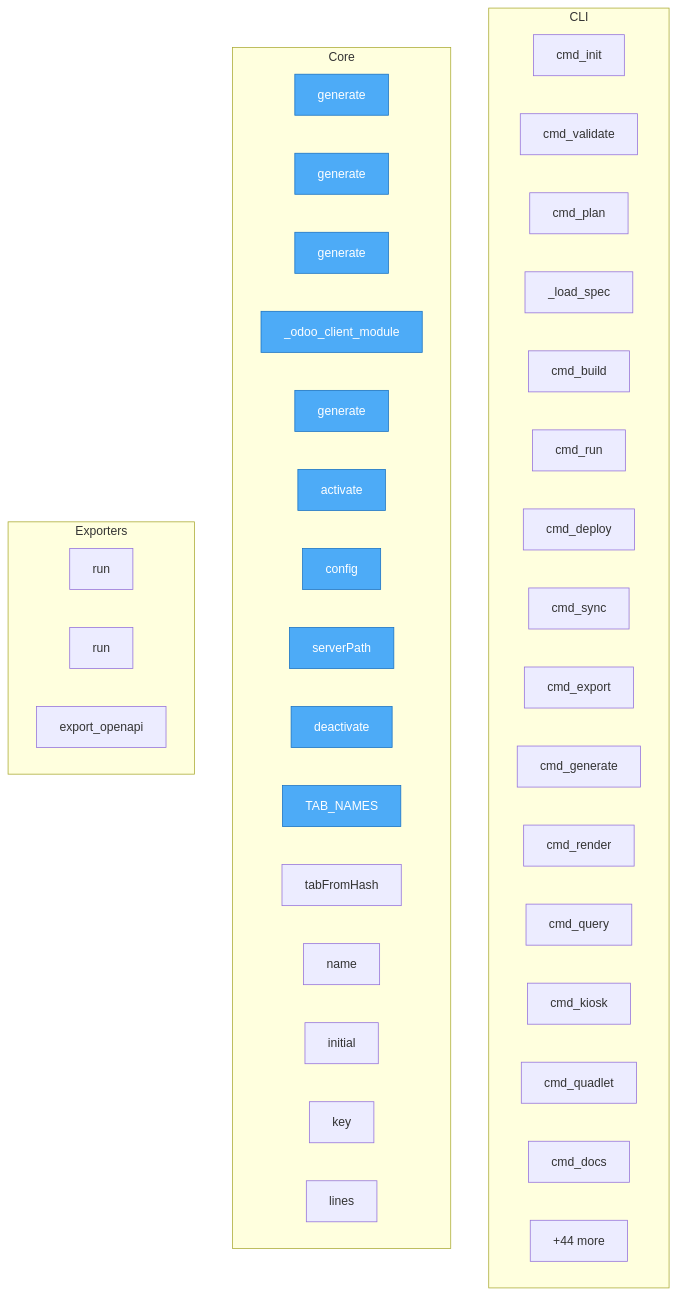
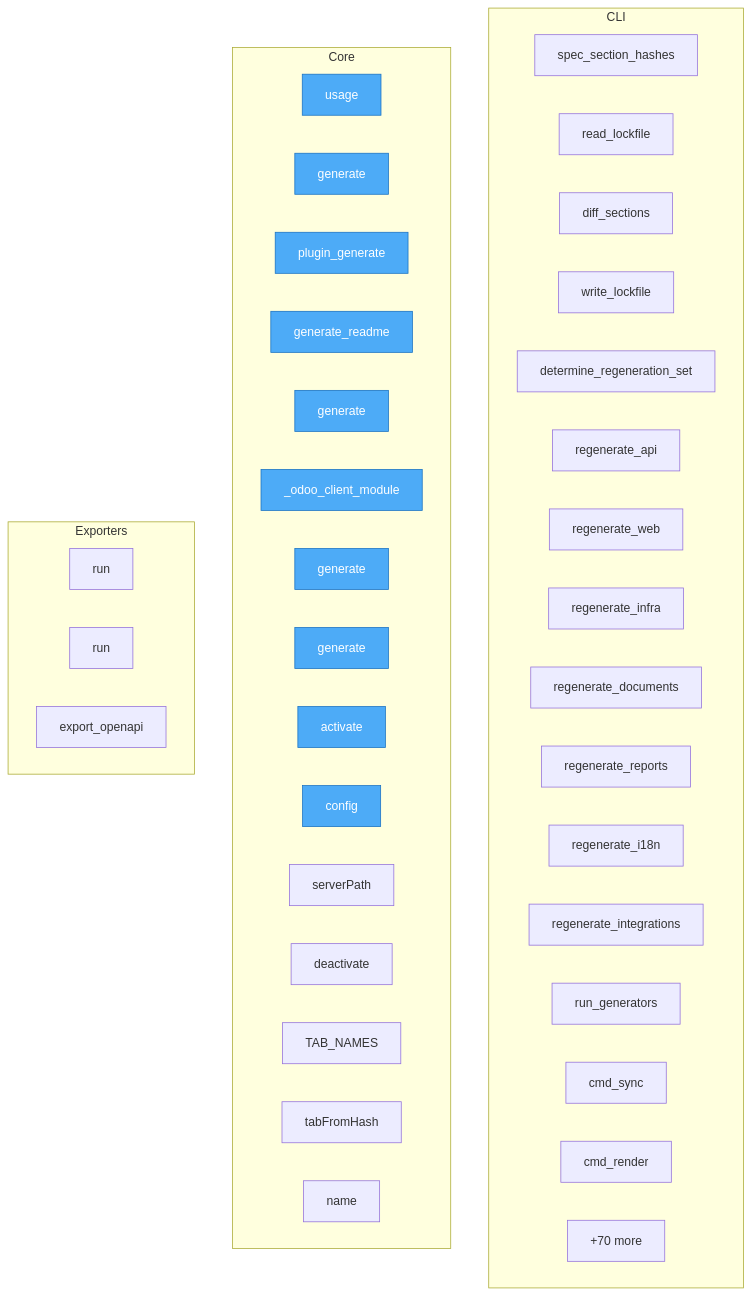
One commit to oqlos/doql changed the diagram in project/flow.mmd. Above: the diagram before and after it, drawn with Mermaid. The commit also changed 84 other files, not shown here.

```diff
--- a/project/flow.mmd
+++ b/project/flow.mmd
@@ -1,50 +1,50 @@
 flowchart TD
 
     %% Entry points (blue)
     classDef entry fill:#4dabf7,stroke:#1971c2,color:#fff
 
     subgraph CLI
-        doql__cli__cmd_init["cmd_init"]
-        doql__cli__cmd_validate["cmd_validate"]
-        doql__cli__cmd_plan["cmd_plan"]
-        doql__cli___load_spec["_load_spec"]
-        doql__cli__cmd_build["cmd_build"]
-        doql__cli__cmd_run["cmd_run"]
-        doql__cli__cmd_deploy["cmd_deploy"]
-        doql__cli__cmd_sync["cmd_sync"]
-        doql__cli__cmd_export["cmd_export"]
-        doql__cli__cmd_generate["cmd_generate"]
-        doql__cli__cmd_render["cmd_render"]
-        doql__cli__cmd_query["cmd_query"]
-        doql__cli__cmd_kiosk["cmd_kiosk"]
-        doql__cli__cmd_quadlet["cmd_quadlet"]
-        doql__cli__cmd_docs["cmd_docs"]
-        ...["+8 more"]
+        doql__cli__lockfile__spec_section_hashes["spec_section_hashes"]
+        doql__cli__lockfile__read_lockfile["read_lockfile"]
+        doql__cli__lockfile__diff_sections["diff_sections"]
+        doql__cli__lockfile__write_lockfile["write_lockfile"]
+        doql__cli__sync__determine_regeneration_set["determine_regeneration_set"]
+        doql__cli__sync__regenerate_api["regenerate_api"]
+        doql__cli__sync__regenerate_web["regenerate_web"]
+        doql__cli__sync__regenerate_infra["regenerate_infra"]
+        doql__cli__sync__regenerate_documents["regenerate_documents"]
+        doql__cli__sync__regenerate_reports["regenerate_reports"]
+        doql__cli__sync__regenerate_i18n["regenerate_i18n"]
+        doql__cli__sync__regenerate_integrations["regenerate_integrations"]
+        doql__cli__sync__run_generators["run_generators"]
+        doql__cli__sync__cmd_sync["cmd_sync"]
+        doql__cli__commands__render__cmd_render["cmd_render"]
+        ...["+25 more"]
     end
 
     subgraph Core
-        plugins__doql_plugin_iso17025__doql_plugin_iso17025__generate["generate"]
+        doql__usage["usage"]
         plugins__doql_plugin_fleet__doql_plugin_fleet__generate["generate"]
+        plugins___shared__base__plugin_generate["plugin_generate"]
+        plugins___shared__readme__generate_readme["generate_readme"]
         plugins__doql_plugin_gxp__doql_plugin_gxp__generate["generate"]
         plugins__doql_plugin_erp__doql_plugin_erp___odoo_client_module["_odoo_client_module"]
         plugins__doql_plugin_erp__doql_plugin_erp__generate["generate"]
+        plugins__doql_plugin_iso17025__doql_plugin_iso17025__generate["generate"]
         vscode_doql__src__extension__activate["activate"]
         vscode_doql__src__extension__config["config"]
         vscode_doql__src__extension__serverPath["serverPath"]
         vscode_doql__src__extension__deactivate["deactivate"]
         playground__app__TAB_NAMES["TAB_NAMES"]
         playground__app__tabFromHash["tabFromHash"]
         playground__app__name["name"]
-        playground__app__initial["initial"]
-        playground__app__key["key"]
-        playground__app__lines["lines"]
-        ...["+44 more"]
+        ...["+70 more"]
     end
 
     subgraph Exporters
         doql__generators__export_postman__run["run"]
         doql__generators__export_ts_sdk__run["run"]
         doql__generators__api_gen__export_openapi["export_openapi"]
     end
 
-    class plugins__doql_plugin_iso17025__doql_plugin_iso17025__generate,plugins__doql_plugin_fleet__doql_plugin_fleet__generate,plugins__doql_plugin_gxp__doql_plugin_gxp__generate,plugins__doql_plugin_erp__doql_plugin_erp___odoo_client_module,plugins__doql_plugin_erp__doql_plugin_erp__generate,vscode_doql__src__extension__activate,vscode_doql__src__extension__config,vscode_doql__src__extension__serverPath,vscode_doql__src__extension__deactivate,playground__app__TAB_NAMES entry
+    class doql__usage,plugins__doql_plugin_fleet__doql_plugin_fleet__generate,plugins___shared__base__plugin_generate,plugins___shared__readme__generate_readme,plugins__doql_plugin_gxp__doql_plugin_gxp__generate,plugins__doql_plugin_erp__doql_plugin_erp___odoo_client_module,plugins__doql_plugin_erp__doql_plugin_erp__generate,plugins__doql_plugin_iso17025__doql_plugin_iso17025__generate,vscode_doql__src__extension__activate,vscode_doql__src__extension__config entry
```
